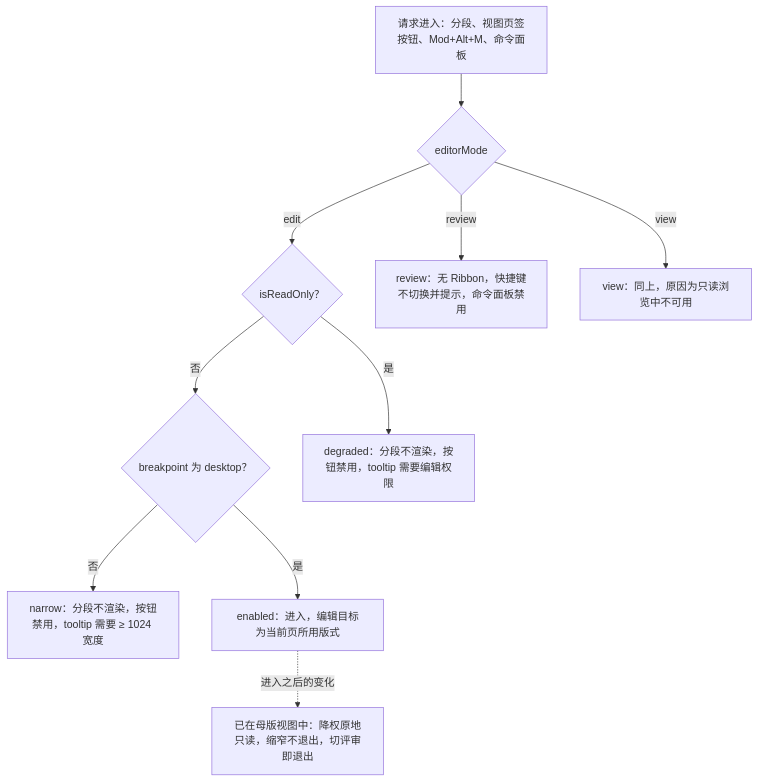
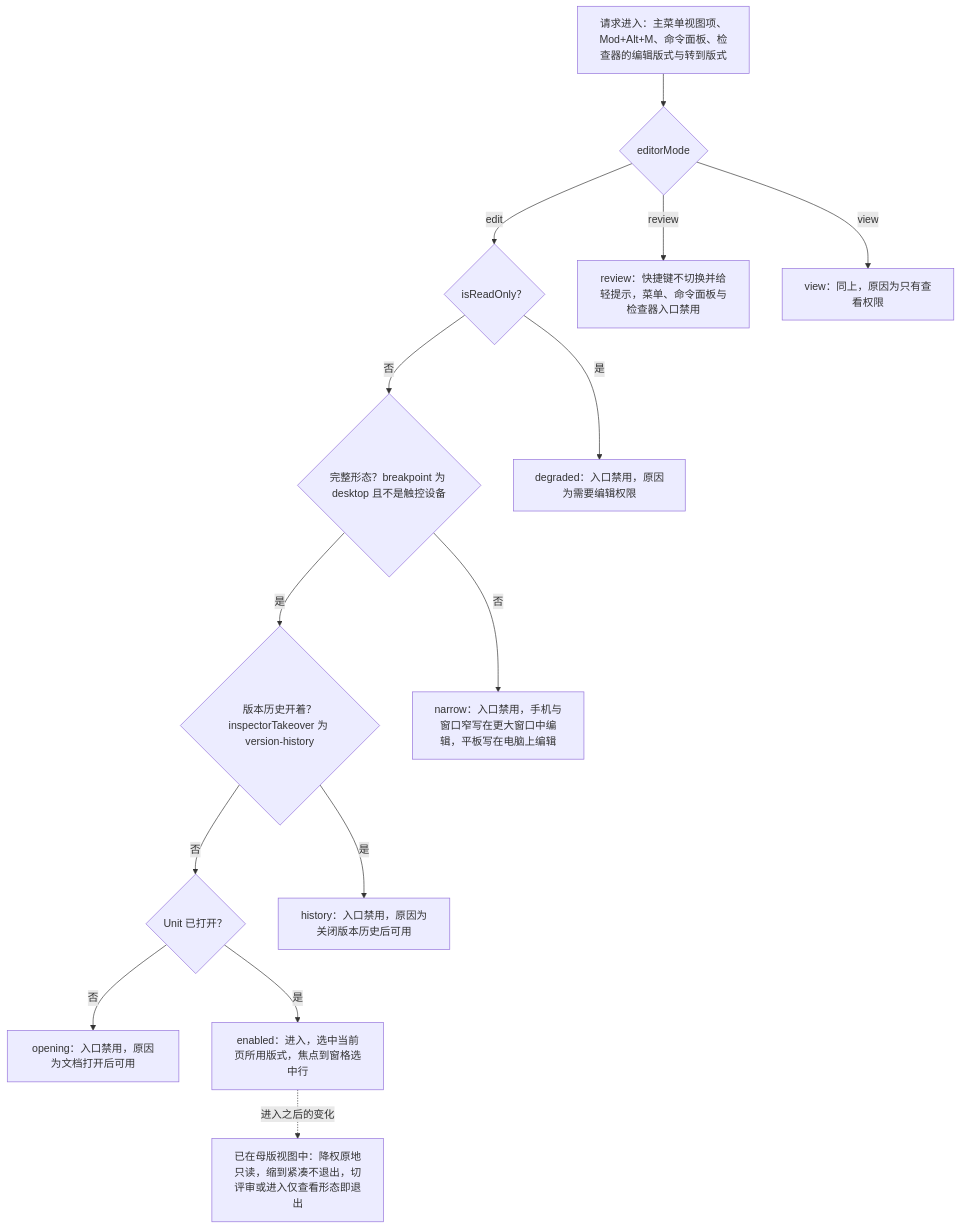
The third of 6 diagrams in docs/50-frontend/11-masters-layouts-and-themes.md (Xeonice/cordis-ppt-editor), drawn with Mermaid before and after one commit. The commit also changed other lines of this file and 25 other files, not shown here.

````diff
--- a/docs/50-frontend/11-masters-layouts-and-themes.md
+++ b/docs/50-frontend/11-masters-layouts-and-themes.md
@@ -161,22 +182,30 @@
 ```mermaid
 flowchart TB
-  start["请求进入：分段、视图页签按钮、Mod+Alt+M、命令面板"]
+  start["请求进入：主菜单视图项、Mod+Alt+M、命令面板、检查器的编辑版式与转到版式"]
   mode{"editorMode"}
   ro{"isReadOnly？"}
-  bp{"breakpoint 为 desktop？"}
-  review["review：无 Ribbon，快捷键不切换并提示，命令面板禁用"]
-  view["view：同上，原因为只读浏览中不可用"]
-  degraded["degraded：分段不渲染，按钮禁用，tooltip 需要编辑权限"]
-  narrow["narrow：分段不渲染，按钮禁用，tooltip 需要 ≥ 1024 宽度"]
-  enter["enabled：进入，编辑目标为当前页所用版式"]
-  inside["已在母版视图中：降权原地只读，缩窄不退出，切评审即退出"]
+  bp{"完整形态？breakpoint 为 desktop 且不是触控设备"}
+  hist{"版本历史开着？inspectorTakeover 为 version-history"}
+  opened{"Unit 已打开？"}
+  review["review：快捷键不切换并给轻提示，菜单、命令面板与检查器入口禁用"]
+  view["view：同上，原因为只有查看权限"]
+  degraded["degraded：入口禁用，原因为需要编辑权限"]
+  narrow["narrow：入口禁用，手机与窗口窄写在更大窗口中编辑，平板写在电脑上编辑"]
+  history["history：入口禁用，原因为关闭版本历史后可用"]
+  opening["opening：入口禁用，原因为文档打开后可用"]
+  enter["enabled：进入，选中当前页所用版式，焦点到窗格选中行"]
+  inside["已在母版视图中：降权原地只读，缩到紧凑不退出，切评审或进入仅查看形态即退出"]
   start --> mode
   mode -->|"review"| review
   mode -->|"view"| view
   mode -->|"edit"| ro
   ro -->|"是"| degraded
   ro -->|"否"| bp
   bp -->|"否"| narrow
-  bp -->|"是"| enter
+  bp -->|"是"| hist
+  hist -->|"是"| history
+  hist -->|"否"| opened
+  opened -->|"否"| opening
+  opened -->|"是"| enter
   enter -.->|"进入之后的变化"| inside
 ```
````
